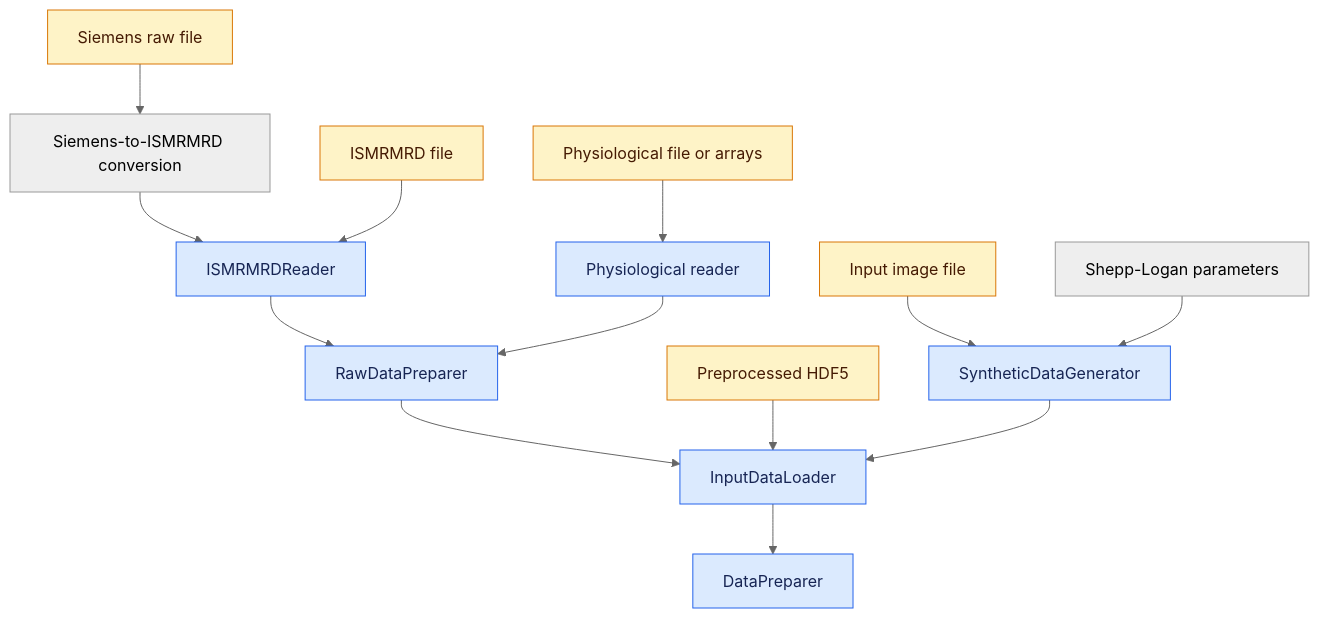
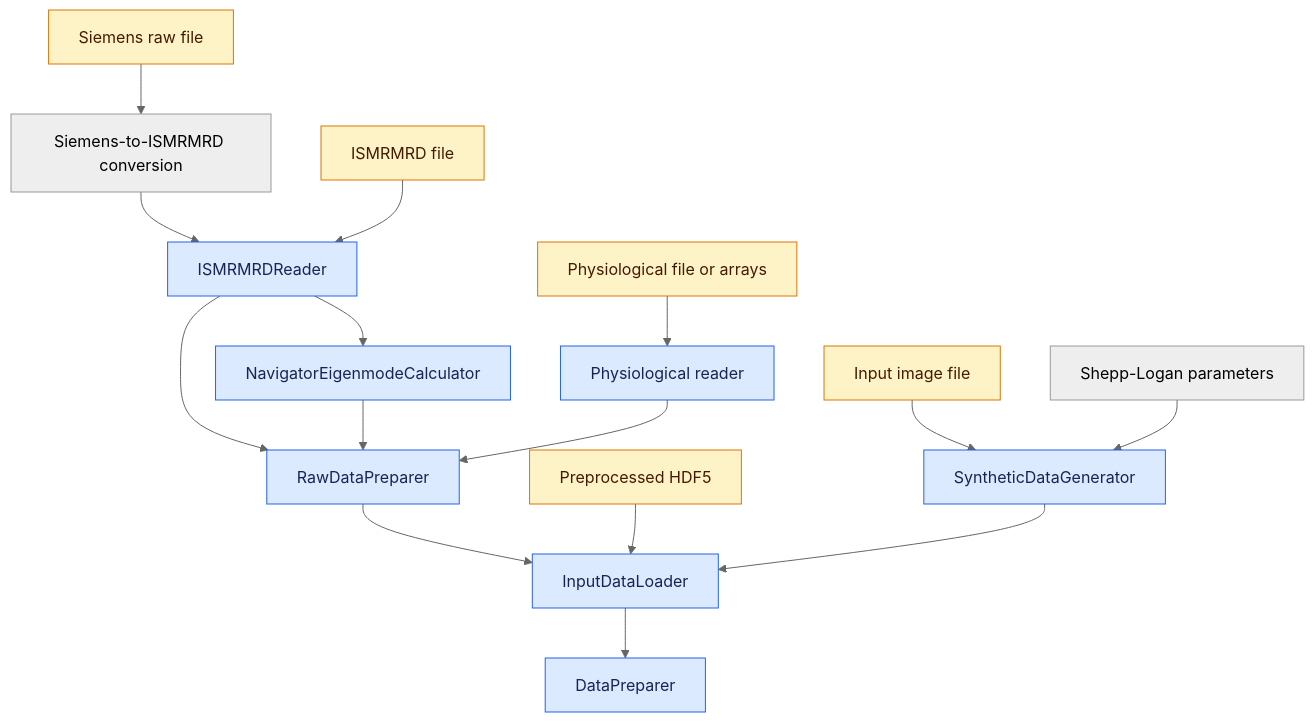
The diagram in docs/architecture/input_data_loading.md (IADI-Nancy/GRICS-torch), drawn with Mermaid (neutral theme) before and after one commit. The commit also changed other lines of this file and 14 other files, not shown here.

Commit message:
Added the navigator reader for the MOSAR project

````diff
--- a/docs/architecture/input_data_loading.md
+++ b/docs/architecture/input_data_loading.md
@@ -7,20 +7,22 @@
 ```mermaid
 flowchart TD
     Siemens[Siemens raw file] --> Converter[Siemens-to-ISMRMRD conversion]
     Converter --> MRD[ISMRMRDReader]
     ISMRMRD[ISMRMRD file] --> MRD
     Physiology[Physiological file or arrays] --> PhysReader[Physiological reader]
     MRD --> Raw[RawDataPreparer]
+    MRD --> NavCalc[NavigatorEigenmodeCalculator]
+    NavCalc --> Raw
     PhysReader --> Raw
     Raw --> Loader[InputDataLoader]
     Preprocessed[Preprocessed HDF5] --> Loader
     ImageFile[Input image file] --> Generator[SyntheticDataGenerator]
     Phantom[Shepp-Logan parameters] --> Generator
     Generator --> Loader
     Loader --> Preparer[DataPreparer]
 
     classDef pythonClass fill:#dbeafe,stroke:#2563eb,color:#172554
     classDef inputFile fill:#fef3c7,stroke:#d97706,color:#451a03
-    class MRD,PhysReader,Raw,Loader,Generator,Preparer pythonClass
+    class MRD,PhysReader,NavCalc,Raw,Loader,Generator,Preparer pythonClass
     class Siemens,ISMRMRD,Physiology,Preprocessed,ImageFile inputFile
 ```
````
